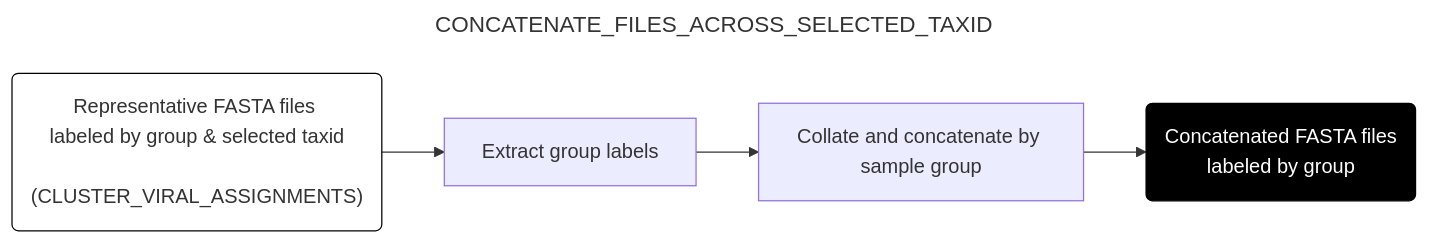
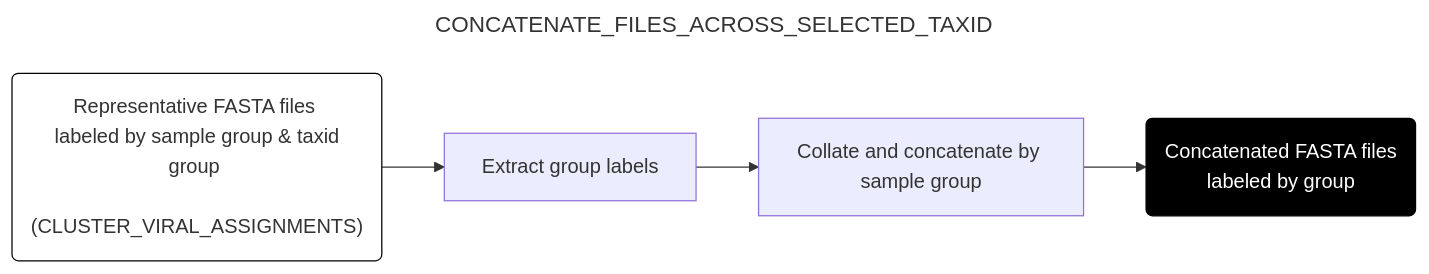
Before and after one commit to naobservatory/mgs-workflow: the seventh of 11 diagrams in docs/downstream.md, drawn with Mermaid. The commit also changed other lines of this file and 2 other files, not shown here.

````diff
--- a/docs/downstream.md
+++ b/docs/downstream.md
@@ -292,13 +292,13 @@
 ```mermaid
 ---
 title: CONCATENATE_FILES_ACROSS_SELECTED_TAXID
 config:
   layout: horizontal
 ---
 flowchart LR
-A("Representative FASTA files <br> labeled by group & selected taxid <br> (CLUSTER_VIRAL_ASSIGNMENTS)") --> B[Extract group labels]
+A("Representative FASTA files <br> labeled by sample group & taxid group <br> (CLUSTER_VIRAL_ASSIGNMENTS)") --> B[Extract group labels]
 B --> C[Collate and concatenate by sample group]
 C --> D(Concatenated FASTA files <br> labeled by group)
 style A fill:#fff,stroke:#000
 style D fill:#000,color:#fff,stroke:#000
 ```
````
